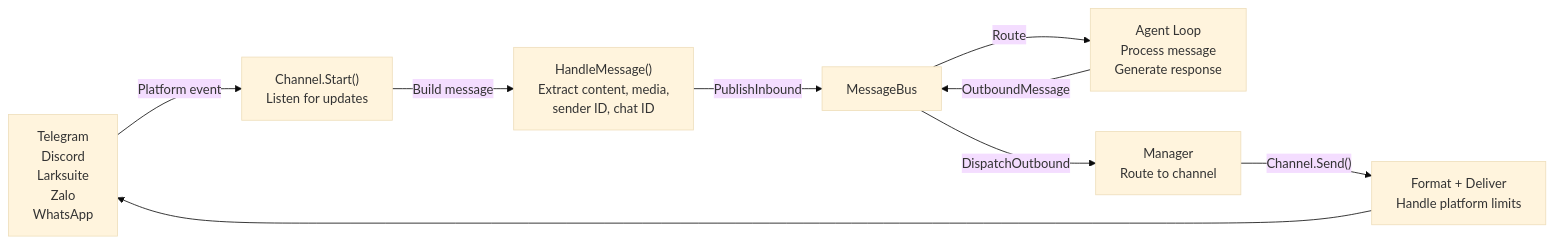
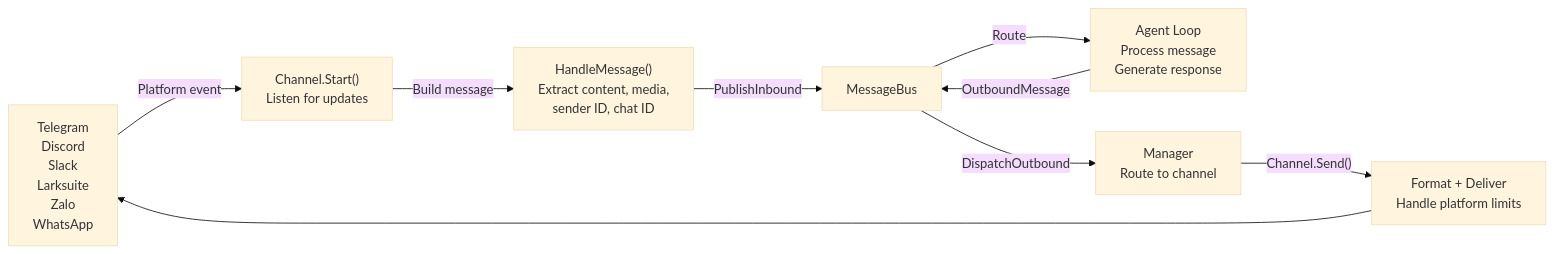
Before and after one commit to nextlevelbuilder/goclaw-docs: the first of 2 diagrams in channels/overview.md, drawn with Mermaid (base theme). The commit also changed other lines of this file and 4 other files, not shown here.

````diff
--- a/channels/overview.md
+++ b/channels/overview.md
@@ -7,15 +7,15 @@
 ```mermaid
 flowchart LR
-    TG["Telegram<br/>Discord<br/>Larksuite<br/>Zalo<br/>WhatsApp"]
+    TG["Telegram<br/>Discord<br/>Slack<br/>Larksuite<br/>Zalo<br/>WhatsApp"]
 
     TG -->|"Platform event"| Listen["Channel.Start()<br/>Listen for updates"]
     Listen -->|"Build message"| Handle["HandleMessage()<br/>Extract content, media,<br/>sender ID, chat ID"]
     Handle -->|"PublishInbound"| Bus["MessageBus"]
 
     Bus -->|"Route"| Agent["Agent Loop<br/>Process message<br/>Generate response"]
     Agent -->|"OutboundMessage"| Bus
 
     Bus -->|"DispatchOutbound"| Manager["Manager<br/>Route to channel"]
     Manager -->|"Channel.Send()"| Send["Format + Deliver<br/>Handle platform limits"]
     Send --> TG
 ```
````
